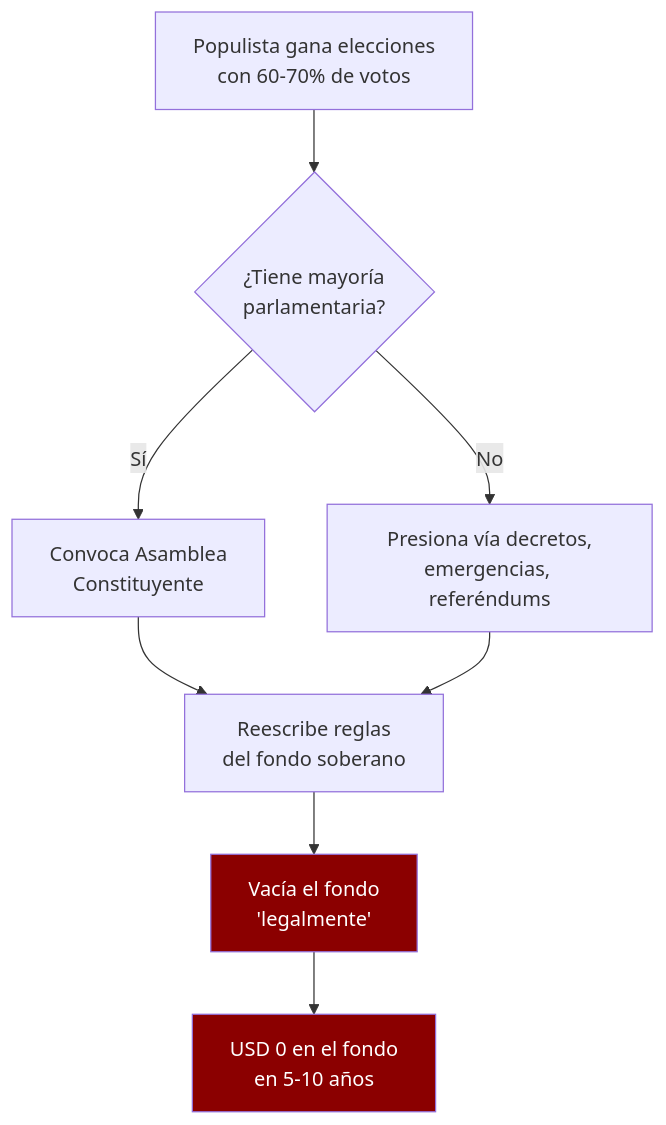
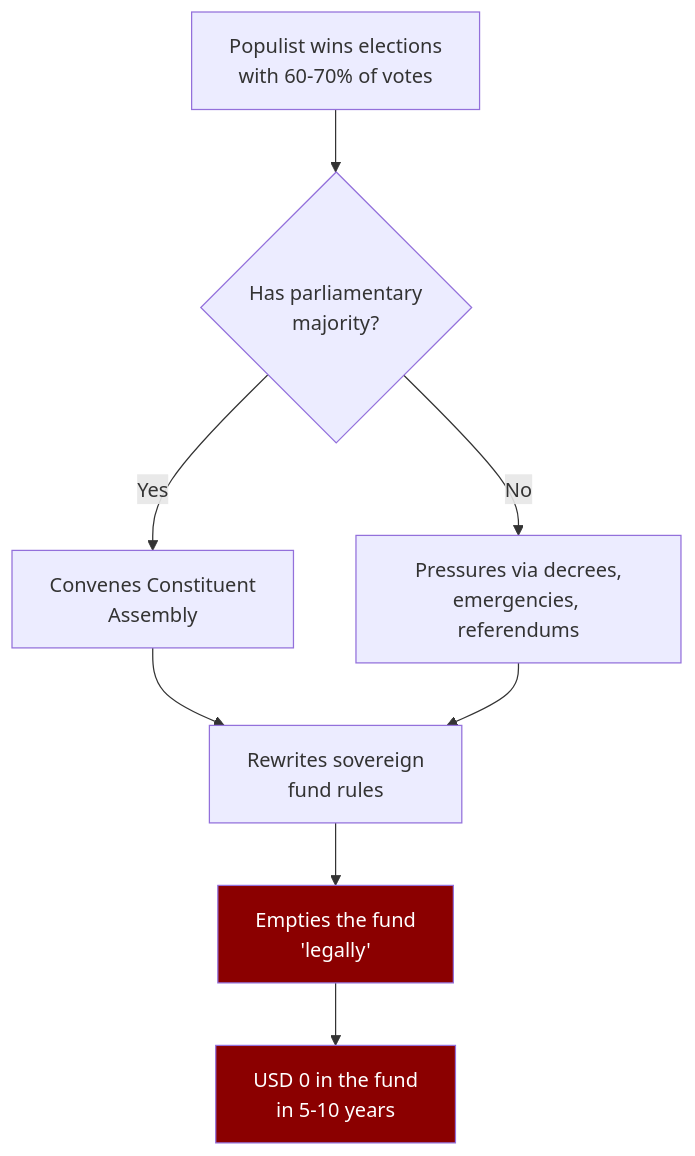
One commit to Venezuela-S-A/venezuela-sa changed the fourth of 5 diagrams in i18n/en/docusaurus-plugin-content-docs/current/02-motor-financiero/fondo-soberano.md. Above: the diagram before and after it, drawn with Mermaid. The commit also changed other lines of this file and 127 other files, not shown here.

````diff
--- a/i18n/en/docusaurus-plugin-content-docs/current/02-motor-financiero/fondo-soberano.md
+++ b/i18n/en/docusaurus-plugin-content-docs/current/02-motor-financiero/fondo-soberano.md
@@ -247,14 +247,14 @@
 ```mermaid
 flowchart TD
-    A["Populista gana elecciones<br/>con 60-70% de votos"] --> B{"¿Tiene mayoría<br/>parlamentaria?"}
-    B -->|Sí| C["Convoca Asamblea<br/>Constituyente"]
-    C --> D["Reescribe reglas<br/>del fondo soberano"]
-    D --> E["Vacía el fondo<br/>'legalmente'"]
-    B -->|No| F["Presiona vía decretos,<br/>emergencias, referéndums"]
+    A["Populist wins elections<br/>with 60-70% of votes"] --> B{"Has parliamentary<br/>majority?"}
+    B -->|Yes| C["Convenes Constituent<br/>Assembly"]
+    C --> D["Rewrites sovereign<br/>fund rules"]
+    D --> E["Empties the fund<br/>'legally'"]
+    B -->|No| F["Pressures via decrees,<br/>emergencies, referendums"]
     F --> D
 
-    E --> G["USD 0 en el fondo<br/>en 5-10 años"]
+    E --> G["USD 0 in the fund<br/>in 5-10 years"]
 
     style E fill:#8B0000,color:#fff
     style G fill:#8B0000,color:#fff
 ```
````
